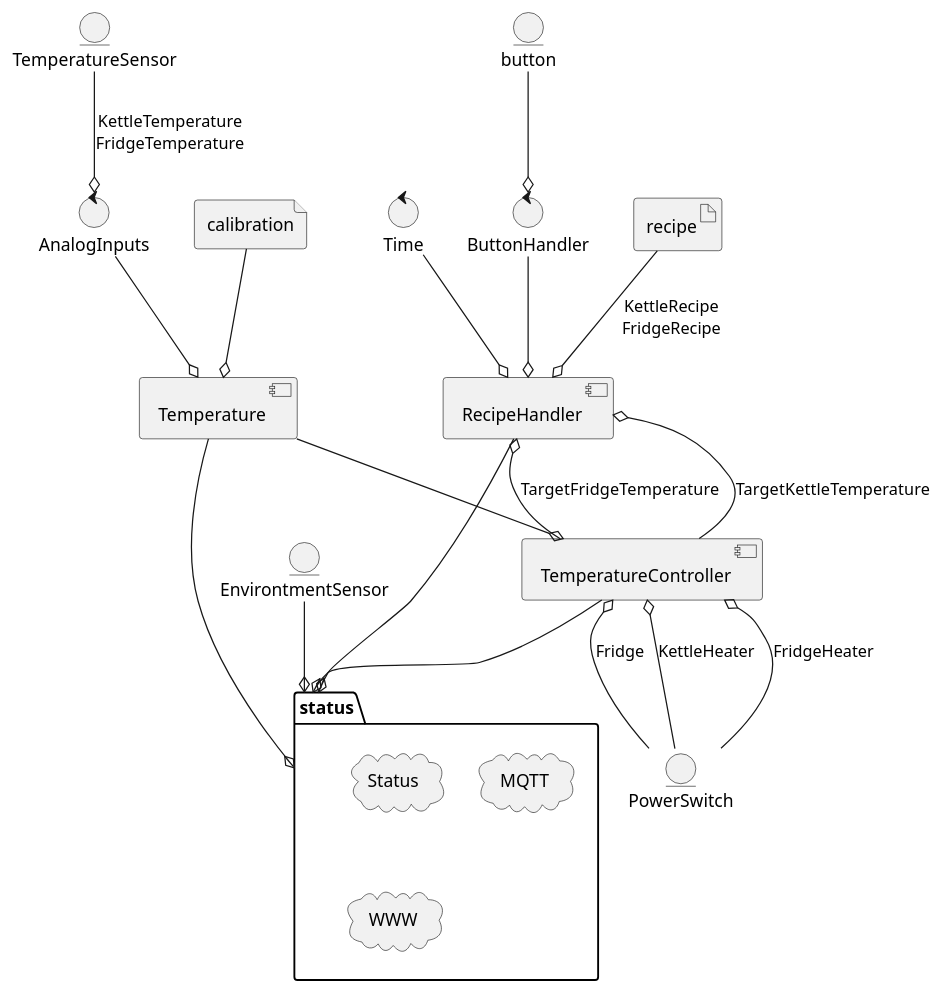
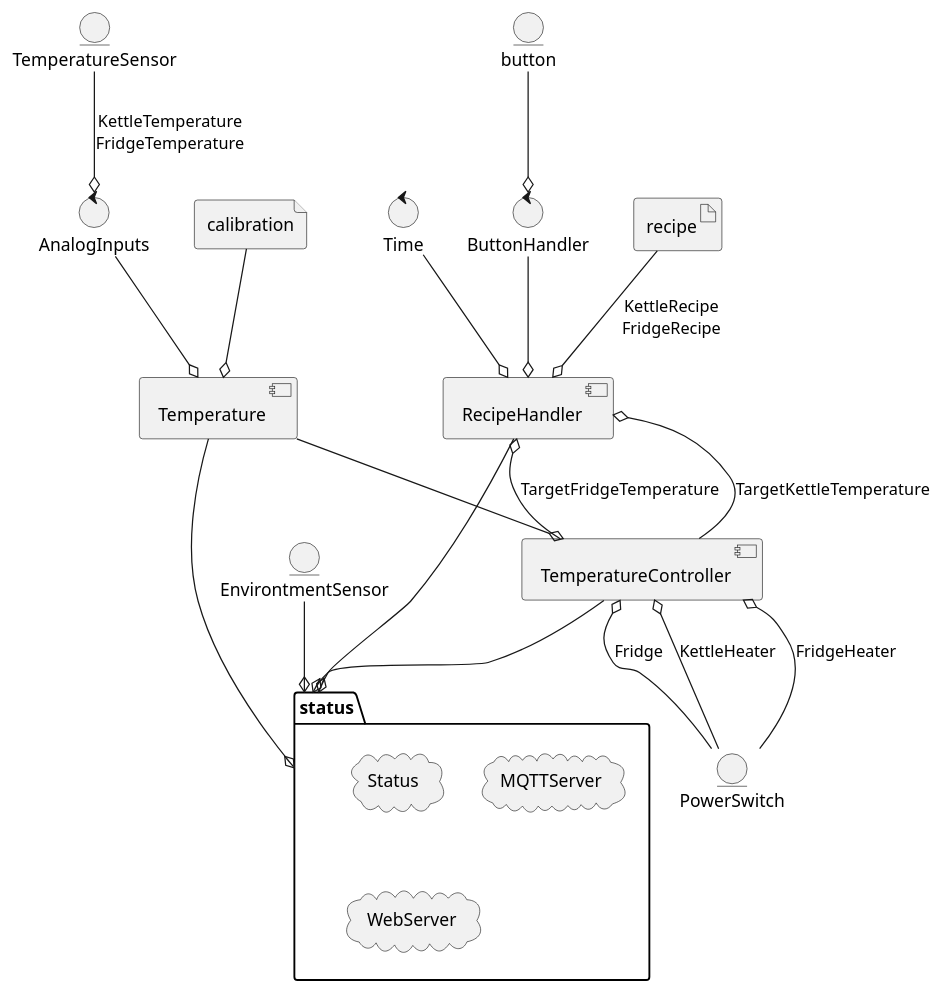
The diagram in design/design.puml (RonaldHiemstra/BronartsmeiH), drawn with PlantUML before and after one commit. The commit also changed 16 other files, not shown here.

```diff
--- a/design/design.puml
+++ b/design/design.puml
@@ -1,48 +1,48 @@
 @startuml BronartsmeiH
 artifact recipe
 
 control Time
 
 entity button
 control ButtonHandler
 button --o ButtonHandler
 
 component RecipeHandler
 recipe --o RecipeHandler : KettleRecipe\nFridgeRecipe
 Time --o RecipeHandler
 ButtonHandler --o RecipeHandler
 
 entity TemperatureSensor
 control AnalogInputs
 TemperatureSensor --o AnalogInputs : KettleTemperature\nFridgeTemperature
 
 file calibration
 
 component Temperature
 AnalogInputs --o Temperature
 calibration --o Temperature
 
 component TemperatureController
 entity PowerSwitch
 Temperature --o TemperatureController
 TemperatureController o-- PowerSwitch : KettleHeater
 TemperatureController o-- PowerSwitch : FridgeHeater
 TemperatureController o-- PowerSwitch : Fridge
 
 RecipeHandler o-- TemperatureController : TargetKettleTemperature
 RecipeHandler o-- TemperatureController : TargetFridgeTemperature
 
 entity EnvirontmentSensor
 
 package status {
   cloud Status
-  cloud MQTT
-  cloud WWW
+  cloud MQTT as "MQTTServer"
+  cloud WWW as "WebServer"
 }
 
 
 Temperature --o status
 RecipeHandler --o status
 TemperatureController --o status
 EnvirontmentSensor --o status
 @enduml
```
